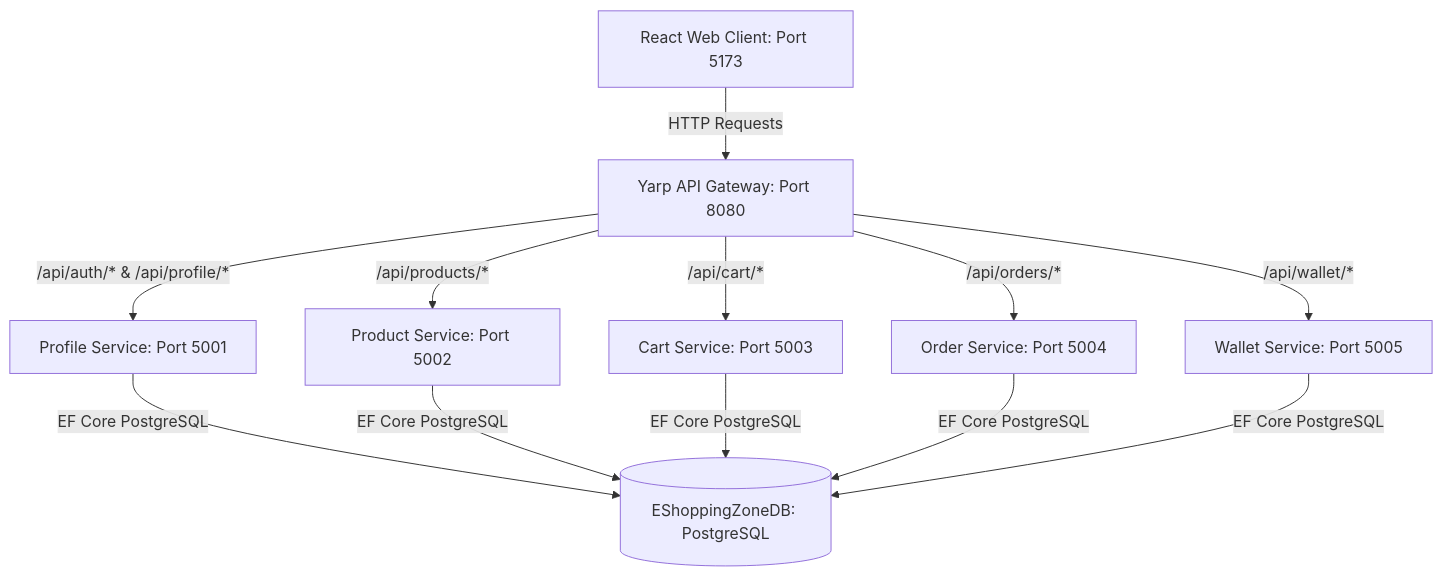
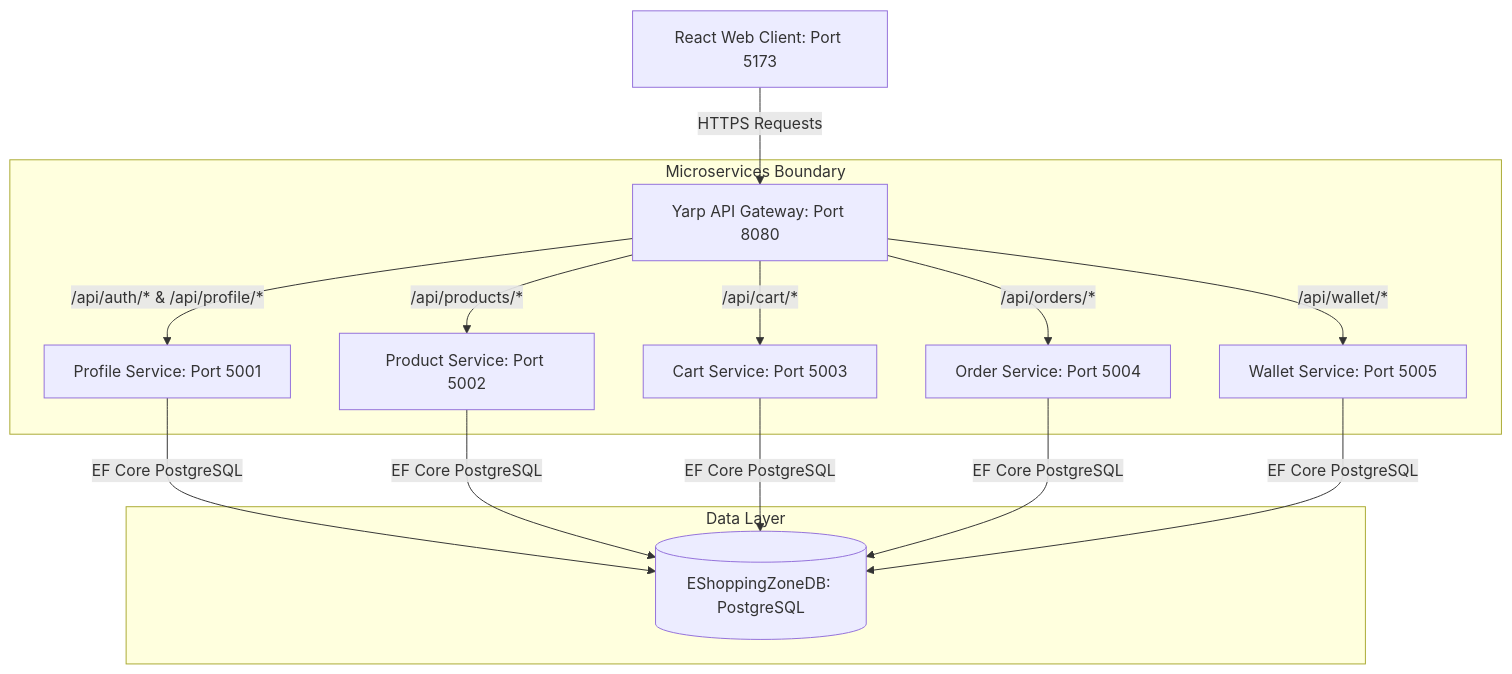
One commit to sankalp7060/Basic-Games changed the first of 7 diagrams in README.md. Above: the diagram before and after it, drawn with Mermaid. The commit also changed other lines of this file, not shown here.

````diff
--- a/README.md
+++ b/README.md
@@ -10,16 +13,20 @@
 ```mermaid
 graph TD
-    Client[React Web Client: Port 5173] -->|HTTP Requests| Gateway[Yarp API Gateway: Port 8080]
+    Client[React Web Client: Port 5173] -->|HTTPS Requests| Gateway[Yarp API Gateway: Port 8080]
     
-    Gateway -->|/api/auth/* & /api/profile/*| Profile[Profile Service: Port 5001]
-    Gateway -->|/api/products/*| Product[Product Service: Port 5002]
-    Gateway -->|/api/cart/*| Cart[Cart Service: Port 5003]
-    Gateway -->|/api/orders/*| Order[Order Service: Port 5004]
-    Gateway -->|/api/wallet/*| Wallet[Wallet Service: Port 5005]
+    subgraph Microservices Boundary
+        Gateway -->|/api/auth/* & /api/profile/*| Profile[Profile Service: Port 5001]
+        Gateway -->|/api/products/*| Product[Product Service: Port 5002]
+        Gateway -->|/api/cart/*| Cart[Cart Service: Port 5003]
+        Gateway -->|/api/orders/*| Order[Order Service: Port 5004]
+        Gateway -->|/api/wallet/*| Wallet[Wallet Service: Port 5005]
+    end
     
-    Profile -->|EF Core PostgreSQL| DB1[(EShoppingZoneDB: PostgreSQL)]
-    Product -->|EF Core PostgreSQL| DB1
-    Cart -->|EF Core PostgreSQL| DB1
-    Order -->|EF Core PostgreSQL| DB1
-    Wallet -->|EF Core PostgreSQL| DB1
+    subgraph Data Layer
+        Profile -->|EF Core PostgreSQL| DB1[(EShoppingZoneDB: PostgreSQL)]
+        Product -->|EF Core PostgreSQL| DB1
+        Cart -->|EF Core PostgreSQL| DB1
+        Order -->|EF Core PostgreSQL| DB1
+        Wallet -->|EF Core PostgreSQL| DB1
+    end
 ```
````
